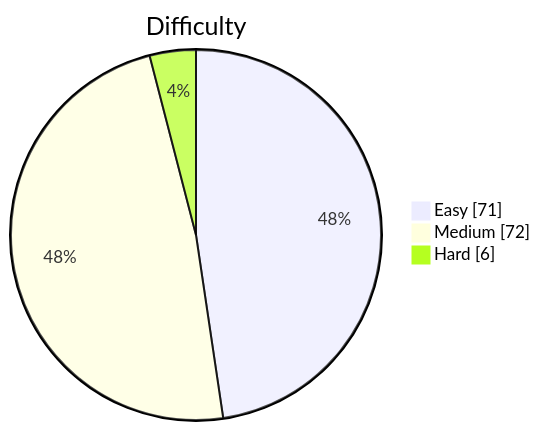
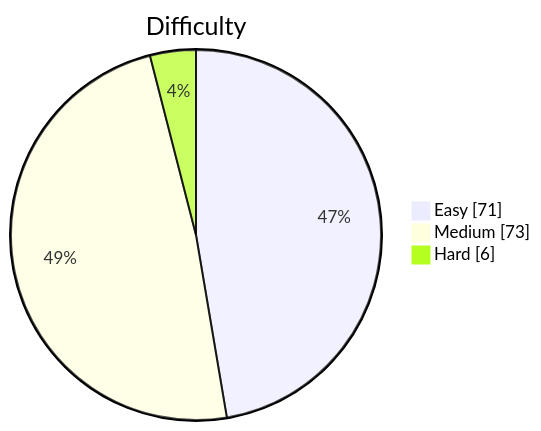
Before and after one commit to kevstevie/python-algo-practice: the diagram in README.md, drawn with Mermaid. The commit also changed other lines of this file, not shown here.

````diff
--- a/README.md
+++ b/README.md
@@ -13,7 +13,7 @@
 ```mermaid
 pie showData
     title Difficulty
     "Easy"   : 71
-    "Medium" : 72
+    "Medium" : 73
     "Hard"   : 6
 ```
````
